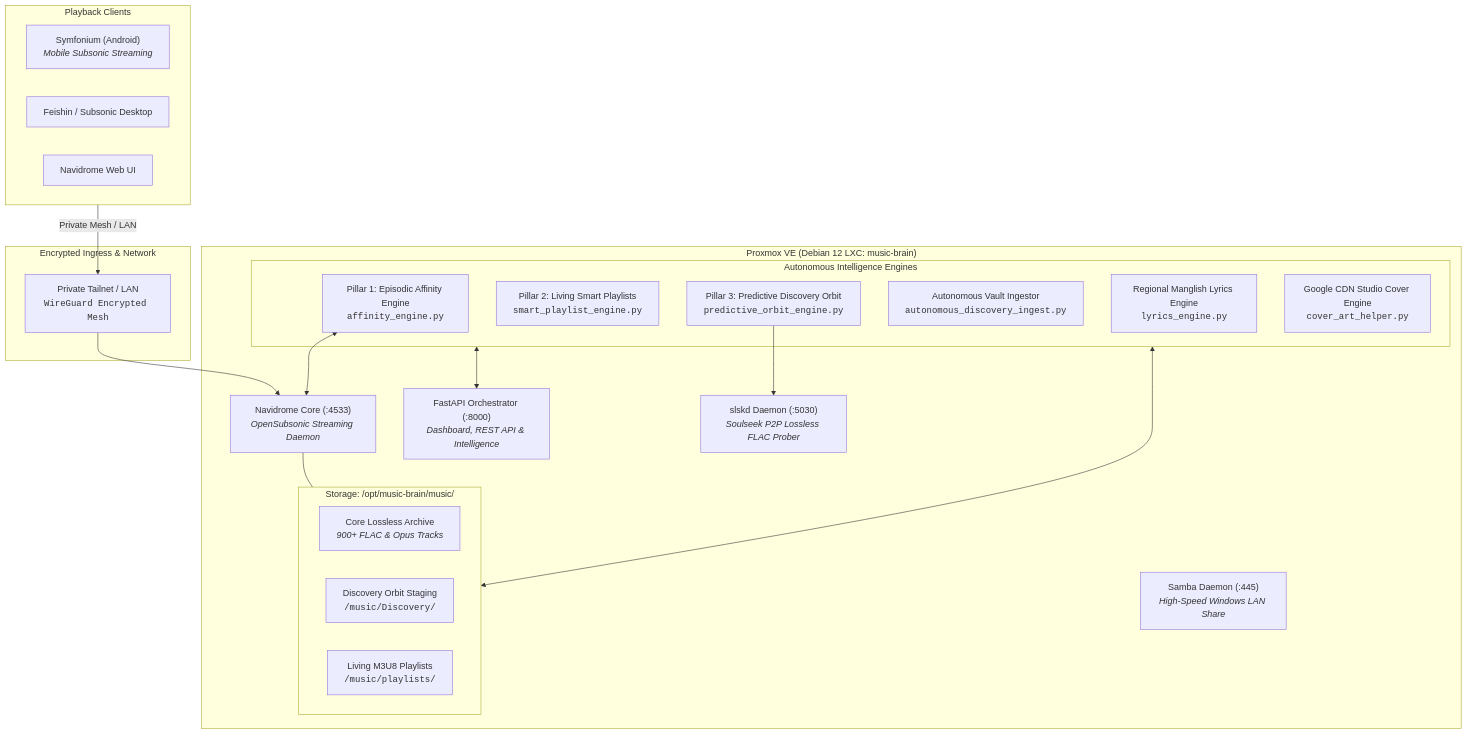
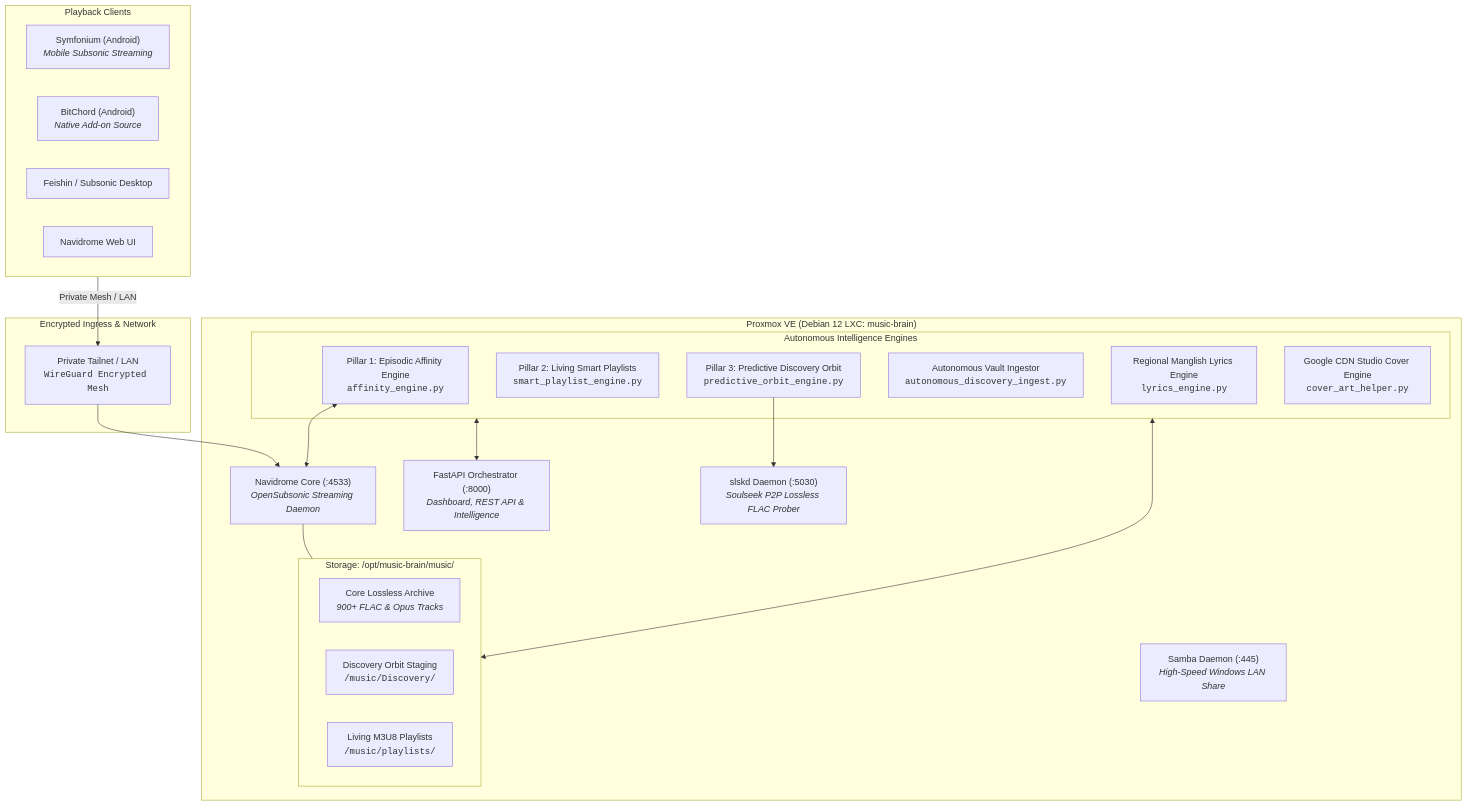
Before and after one commit to Ihsan01i/Lossless-Vault: the first of 2 diagrams in README.md, drawn with Mermaid. The commit also changed other lines of this file and 2 other files, not shown here.

Commit message:
feat: native BitChord add-on source provider integration

````diff
--- a/README.md
+++ b/README.md
@@ -17,42 +17,43 @@
 ```mermaid
 flowchart TD
     subgraph Clients["Playback Clients"]
         SYM["Symfonium (Android)<br><i>Mobile Subsonic Streaming</i>"]
+        BIT["BitChord (Android)<br><i>Native Add-on Source</i>"]
         FEI["Feishin / Subsonic Desktop"]
         WEB["Navidrome Web UI"]
     end
 
     subgraph Ingress["Encrypted Ingress & Network"]
         TF["Private Tailnet / LAN<br><code>WireGuard Encrypted Mesh</code>"]
     end
 
     subgraph Proxmox["Proxmox VE (Debian 12 LXC: music-brain)"]
         NAVI["Navidrome Core (:4533)<br><i>OpenSubsonic Streaming Daemon</i>"]
         FASTAPI["FastAPI Orchestrator (:8000)<br><i>Dashboard, REST API & Intelligence</i>"]
         SLSK["slskd Daemon (:5030)<br><i>Soulseek P2P Lossless FLAC Prober</i>"]
         SAMBA["Samba Daemon (:445)<br><i>High-Speed Windows LAN Share</i>"]
         
         subgraph AutonomousEngines["Autonomous Intelligence Engines"]
             P1["Pillar 1: Episodic Affinity Engine<br><code>affinity_engine.py</code>"]
             P2["Pillar 2: Living Smart Playlists<br><code>smart_playlist_engine.py</code>"]
             P3["Pillar 3: Predictive Discovery Orbit<br><code>predictive_orbit_engine.py</code>"]
             INGEST["Autonomous Vault Ingestor<br><code>autonomous_discovery_ingest.py</code>"]
             LYRICS["Regional Manglish Lyrics Engine<br><code>lyrics_engine.py</code>"]
             COVER["Google CDN Studio Cover Engine<br><code>cover_art_helper.py</code>"]
         end
 
         subgraph Storage["Storage: /opt/music-brain/music/"]
             VAULT["Core Lossless Archive<br><i>900+ FLAC & Opus Tracks</i>"]
             DISC["Discovery Orbit Staging<br><code>/music/Discovery/</code>"]
             PLAYLISTS["Living M3U8 Playlists<br><code>/music/playlists/</code>"]
         end
     end
 
     Clients -->|"Private Mesh / LAN"| TF
     TF --> NAVI
     NAVI --- Storage
     AutonomousEngines <--> Storage
     AutonomousEngines <--> FASTAPI
     P3 --> SLSK
     P1 <--> NAVI
 ```
````
